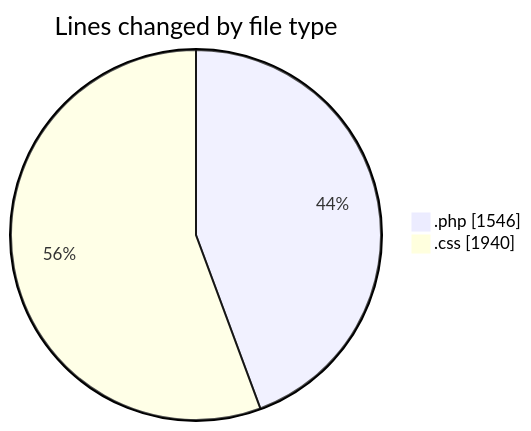
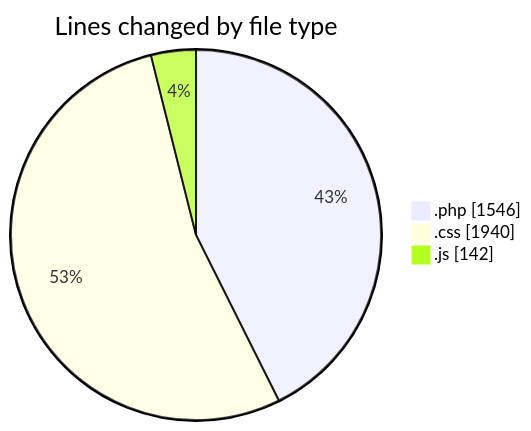
The first of 2 diagrams in 2025-10-23/untitled__workspace_/README.md (debugP/code-tracking), drawn with Mermaid before and after one commit. The commit also changed other lines of this file and 1 other file, not shown here.

````diff
--- a/2025-10-23/untitled__workspace_/README.md
+++ b/2025-10-23/untitled__workspace_/README.md
@@ -22,6 +23,7 @@
 ```mermaid
 pie showData
 title Lines changed by file type
 ".php" : 1546
 ".css" : 1940
+".js" : 142
 ```
````
